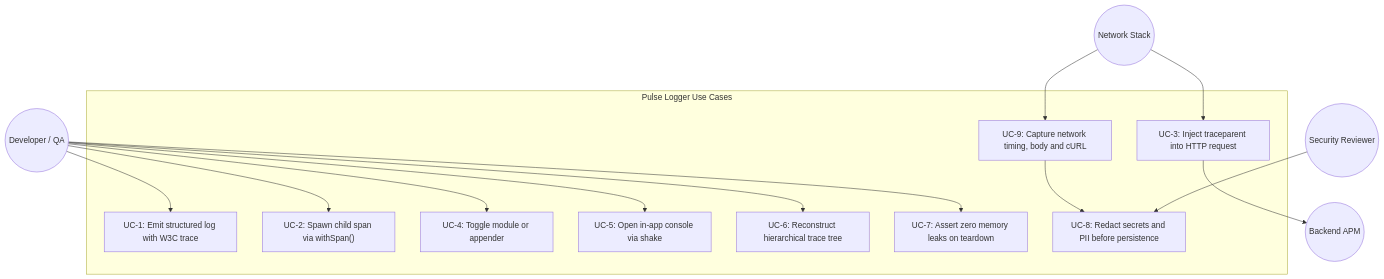
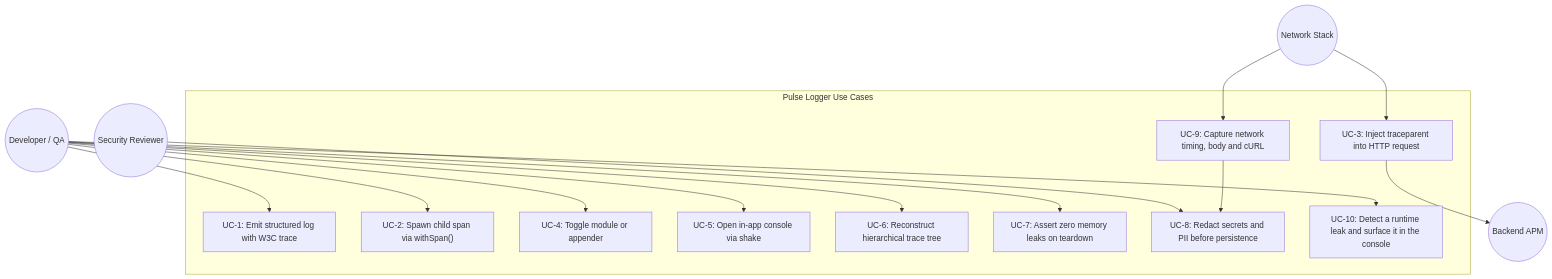
Before and after one commit to DanhDue/ios_digital_wallet: the second of 4 diagrams in .devtool/epic/pulse_logger/pulse_logger.en.md, drawn with Mermaid. The commit also changed other lines of this file and 12 other files, not shown here.

First line of the commit message:
[PULSE_LOGGER] Add leak fixtures and a runtime leak sentinel with a demo sample

````diff
--- a/.devtool/epic/pulse_logger/pulse_logger.en.md
+++ b/.devtool/epic/pulse_logger/pulse_logger.en.md
@@ -219,25 +230,26 @@
 ```mermaid
 flowchart TD
     Developer((Developer / QA))
     HTTPStack((Network Stack))
     BackendSvc((Backend APM))
     SecAuditor((Security Reviewer))
 
     subgraph UseCases["Pulse Logger Use Cases"]
         UC1["UC-1: Emit structured log with W3C trace"]
         UC2["UC-2: Spawn child span via withSpan()"]
         UC3["UC-3: Inject traceparent into HTTP request"]
         UC4["UC-4: Toggle module or appender"]
         UC5["UC-5: Open in-app console via shake"]
         UC6["UC-6: Reconstruct hierarchical trace tree"]
         UC7["UC-7: Assert zero memory leaks on teardown"]
         UC8["UC-8: Redact secrets and PII before persistence"]
         UC9["UC-9: Capture network timing, body and cURL"]
+        UC10["UC-10: Detect a runtime leak and surface it in the console"]
     end
 
-    Developer --> UC1 & UC2 & UC4 & UC5 & UC6 & UC7
+    Developer --> UC1 & UC2 & UC4 & UC5 & UC6 & UC7 & UC10
     HTTPStack --> UC3 --> BackendSvc
     HTTPStack --> UC9
     SecAuditor --> UC8
     UC9 --> UC8
 ```
````
